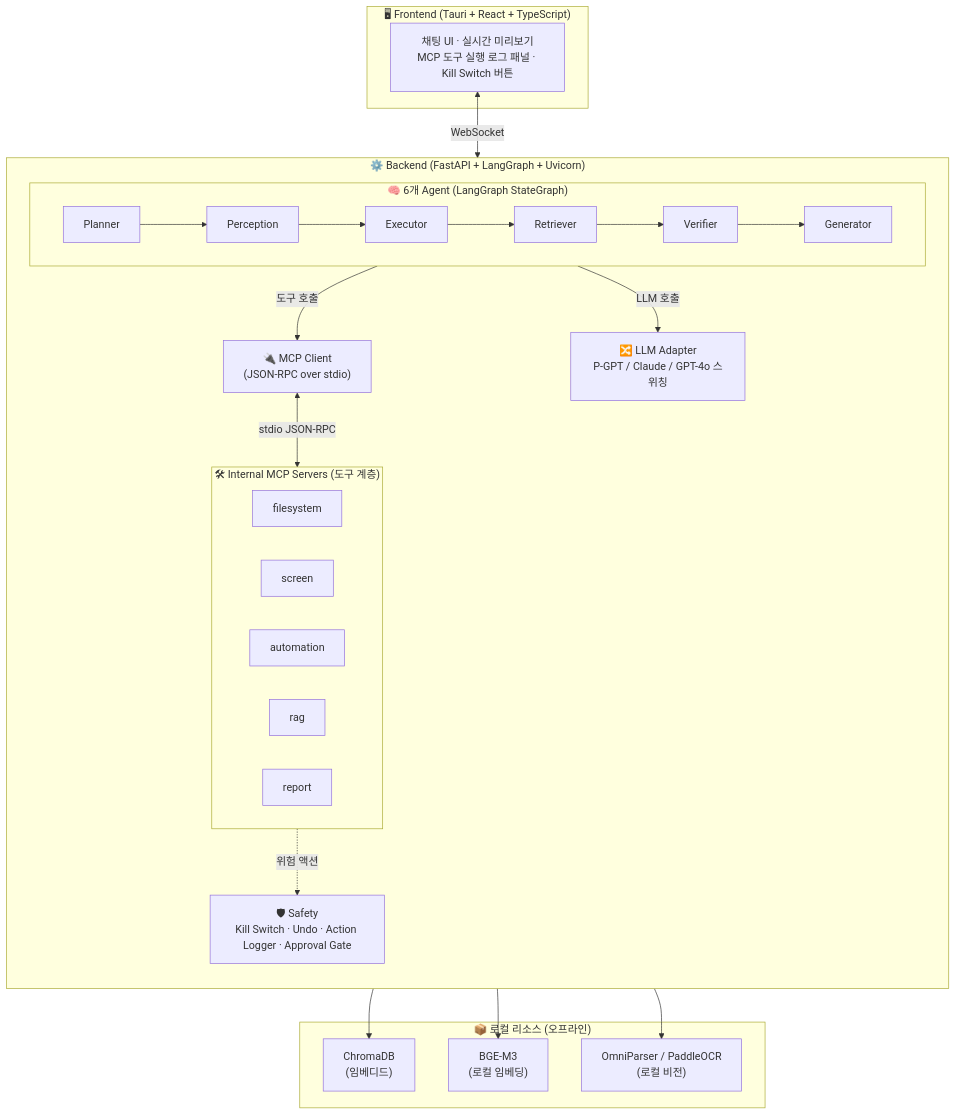
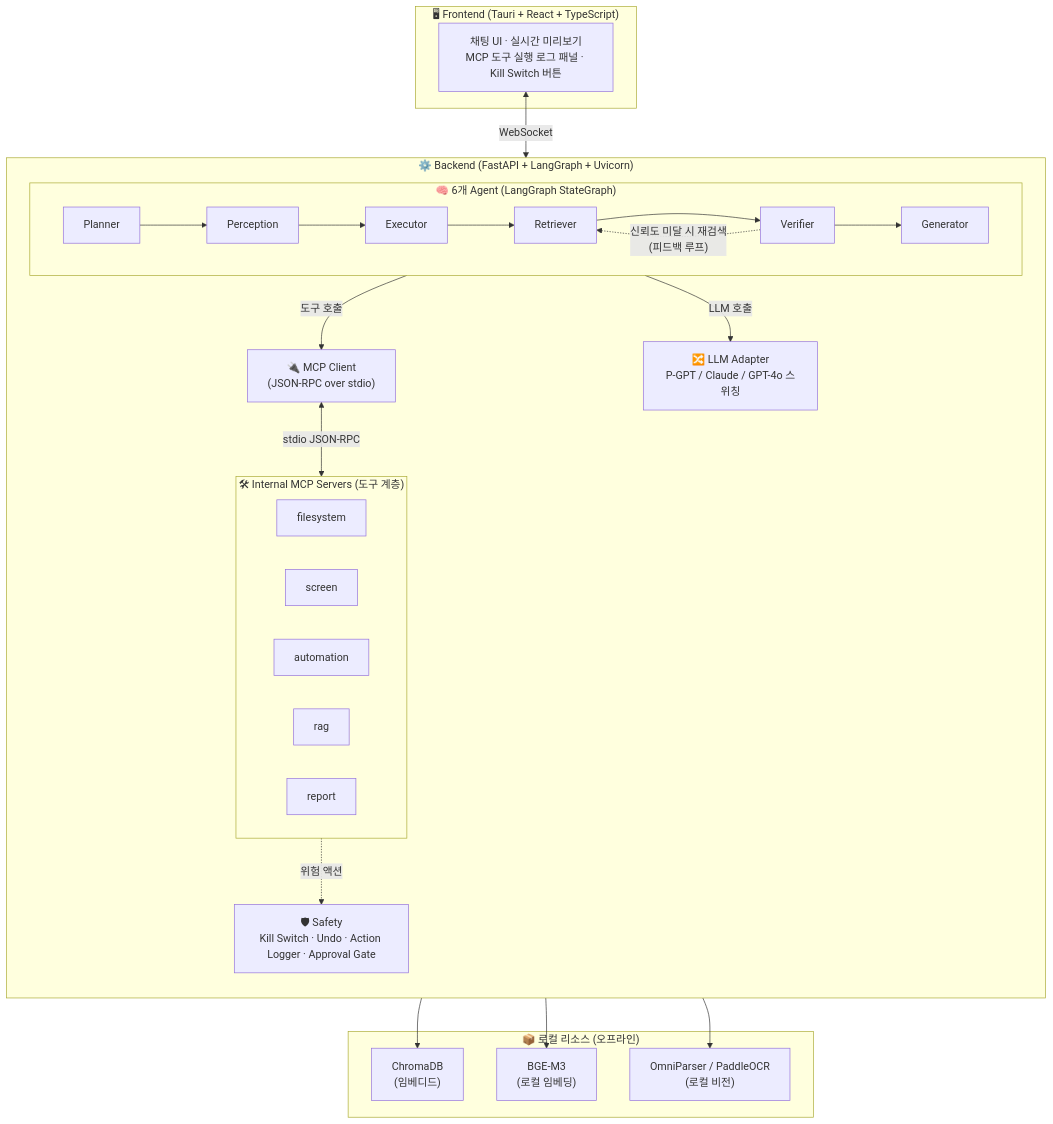
One commit to taehyun108/KTH_01 changed the diagram in P-Agent/README.md. Above: the diagram before and after it, drawn with Mermaid. The commit also changed other lines of this file and 14 other files, not shown here.

````diff
--- a/P-Agent/README.md
+++ b/P-Agent/README.md
@@ -15,42 +15,43 @@
 ```mermaid
 flowchart TB
     subgraph FE["🖥 Frontend (Tauri + React + TypeScript)"]
         UI["채팅 UI · 실시간 미리보기<br/>MCP 도구 실행 로그 패널 · Kill Switch 버튼"]
     end
 
     subgraph BE["⚙️ Backend (FastAPI + LangGraph + Uvicorn)"]
         direction TB
         subgraph AG["🧠 6개 Agent (LangGraph StateGraph)"]
             P1["Planner"] --> P2["Perception"]
             P2 --> P3["Executor"]
             P3 --> P4["Retriever"]
             P4 --> P5["Verifier"]
             P5 --> P6["Generator"]
+            P5 -.->|"신뢰도 미달 시 재검색<br/>(피드백 루프)"| P4
         end
         MC["🔌 MCP Client<br/>(JSON-RPC over stdio)"]
         subgraph MS["🛠 Internal MCP Servers (도구 계층)"]
             direction LR
             S1["filesystem"]
             S2["screen"]
             S3["automation"]
             S4["rag"]
             S5["report"]
         end
         LLM["🔀 LLM Adapter<br/>P-GPT / Claude / GPT-4o 스위칭"]
         SAFE["🛡 Safety<br/>Kill Switch · Undo · Action Logger · Approval Gate"]
     end
 
     UI <-->|WebSocket| AG
     AG -->|도구 호출| MC
     MC <-->|stdio JSON-RPC| MS
     AG -->|LLM 호출| LLM
     S3 -.위험 액션.-> SAFE
 
     subgraph LOCAL["📦 로컬 리소스 (오프라인)"]
         R1["ChromaDB<br/>(임베디드)"]
         R2["BGE-M3<br/>(로컬 임베딩)"]
         R3["OmniParser / PaddleOCR<br/>(로컬 비전)"]
     end
     S4 --> R1 & R2
     S2 --> R3
 ```
````
